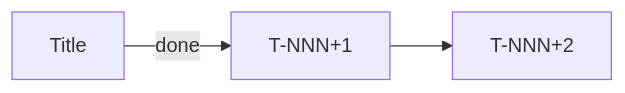
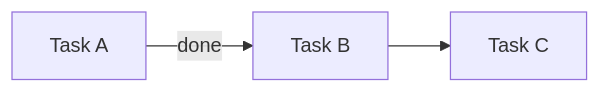
One commit to henryavila/claude-commands changed the second of 2 diagrams in skills/en/core/project-status.md. Above: the diagram before and after it, drawn with Mermaid. The commit also changed other lines of this file and 3 other files, not shown here.

````diff
--- a/skills/en/core/project-status.md
+++ b/skills/en/core/project-status.md
@@ -271,5 +266,5 @@
 ```mermaid
 flowchart LR
-    T-NNN[Title] -->|done| T-NNN+1
-    T-NNN+1 --> T-NNN+2
+    T001[Task A] -->|done| T002[Task B]
+    T002 --> T003[Task C]
 ```
````
